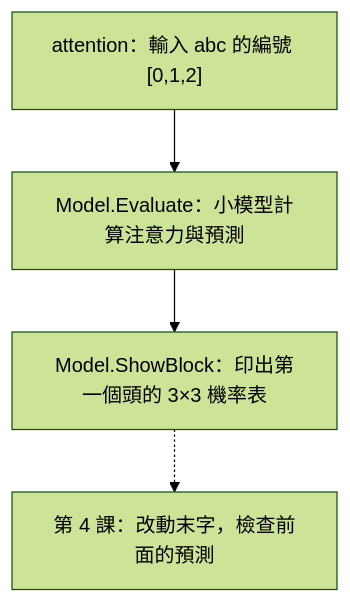
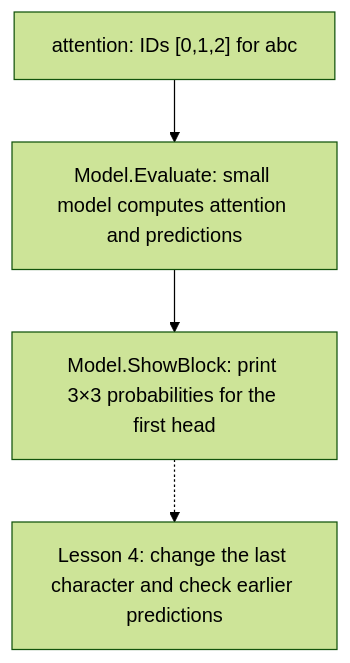
The second of 5 diagrams in lessons/my-gpt/README.md (tingwei628/my-gpt), drawn with Mermaid (forest theme) before and after one commit. The commit also changed other lines of this file and 12 other files, not shown here.

````diff
--- a/lessons/my-gpt/README.md
+++ b/lessons/my-gpt/README.md
@@ -36,6 +34,6 @@
 ```mermaid
 flowchart TD
-    A["attention：輸入 abc 的編號 [0,1,2]"] --> B["Model.Evaluate：小模型計算注意力與預測"]
-    B --> C["Model.ShowBlock：印出第一個頭的 3×3 機率表"]
-    C -.-> D["第 4 課：改動末字，檢查前面的預測"]
+    A["attention: IDs [0,1,2] for abc"] --> B["Model.Evaluate: small model computes attention and predictions"]
+    B --> C["Model.ShowBlock: print 3×3 probabilities for the first head"]
+    C -.-> D["Lesson 4: change the last character and check earlier predictions"]
 ```
````
